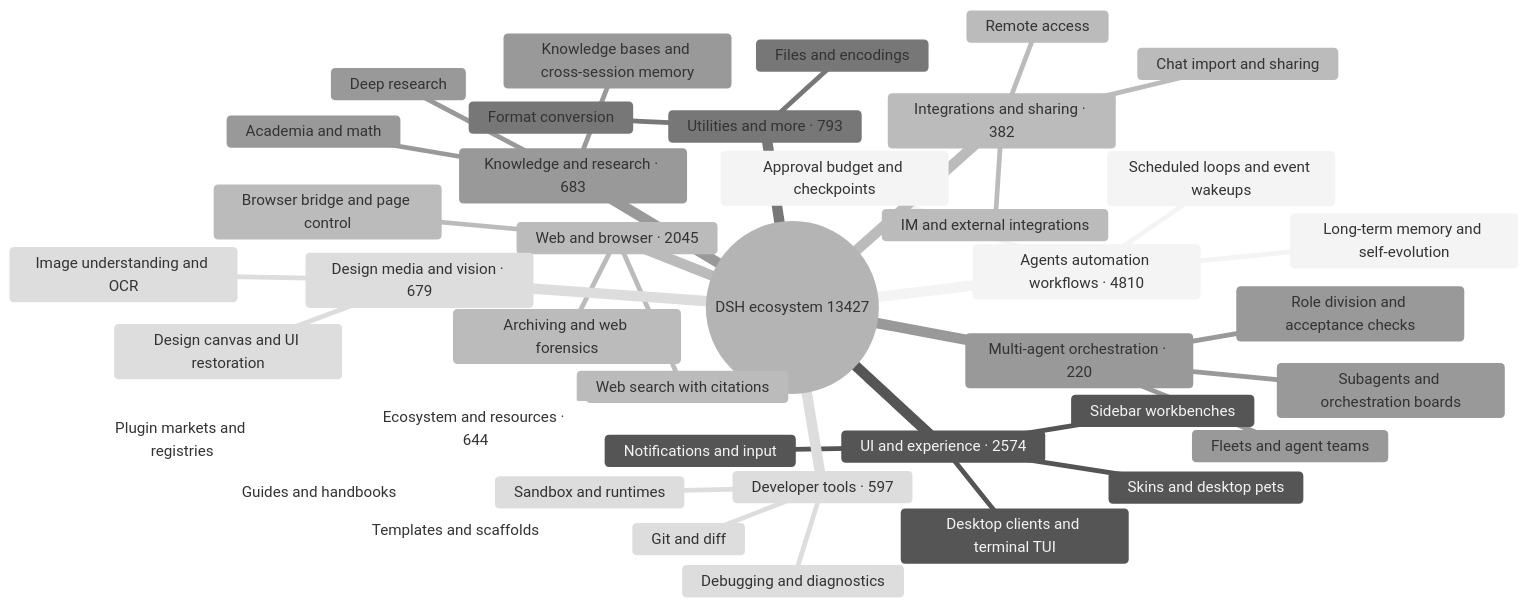
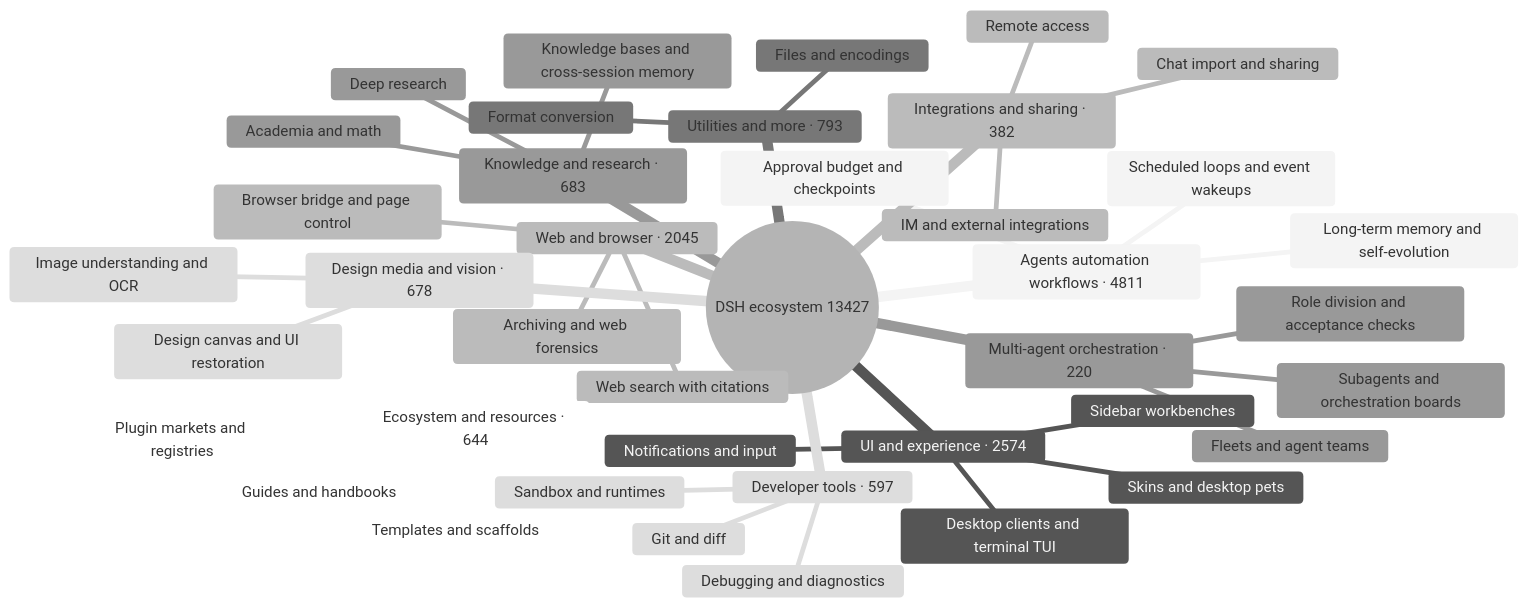
Before and after one commit to bruc3van/awesome-dsh-plugin: the diagram in README_EN.md, drawn with Mermaid (neutral theme). The commit also changed 5 other files, not shown here.

Commit message:
review: move lcestou/dsh-oh-my-claude to agents-workflows (#127); refresh catalog pages

````diff
--- a/README_EN.md
+++ b/README_EN.md
@@ -32,43 +32,43 @@
 ```mermaid
 mindmap
   root((DSH ecosystem 13427))
-    Agents automation workflows · 4810
+    Agents automation workflows · 4811
       Scheduled loops and event wakeups
       Long-term memory and self-evolution
       Approval budget and checkpoints
     UI and experience · 2574
       Desktop clients and terminal TUI
       Sidebar workbenches
       Skins and desktop pets
       Notifications and input
     Web and browser · 2045
       Browser bridge and page control
       Web search with citations
       Archiving and web forensics
     Utilities and more · 793
       Files and encodings
       Format conversion
     Knowledge and research · 683
       Knowledge bases and cross-session memory
       Deep research
       Academia and math
-    Design media and vision · 679
+    Design media and vision · 678
       Image understanding and OCR
       Design canvas and UI restoration
     Ecosystem and resources · 644
       Plugin markets and registries
       Templates and scaffolds
       Guides and handbooks
     Developer tools · 597
       Git and diff
       Sandbox and runtimes
       Debugging and diagnostics
     Integrations and sharing · 382
       Chat import and sharing
       Remote access
       IM and external integrations
     Multi-agent orchestration · 220
       Subagents and orchestration boards
       Fleets and agent teams
       Role division and acceptance checks
 ```
````
